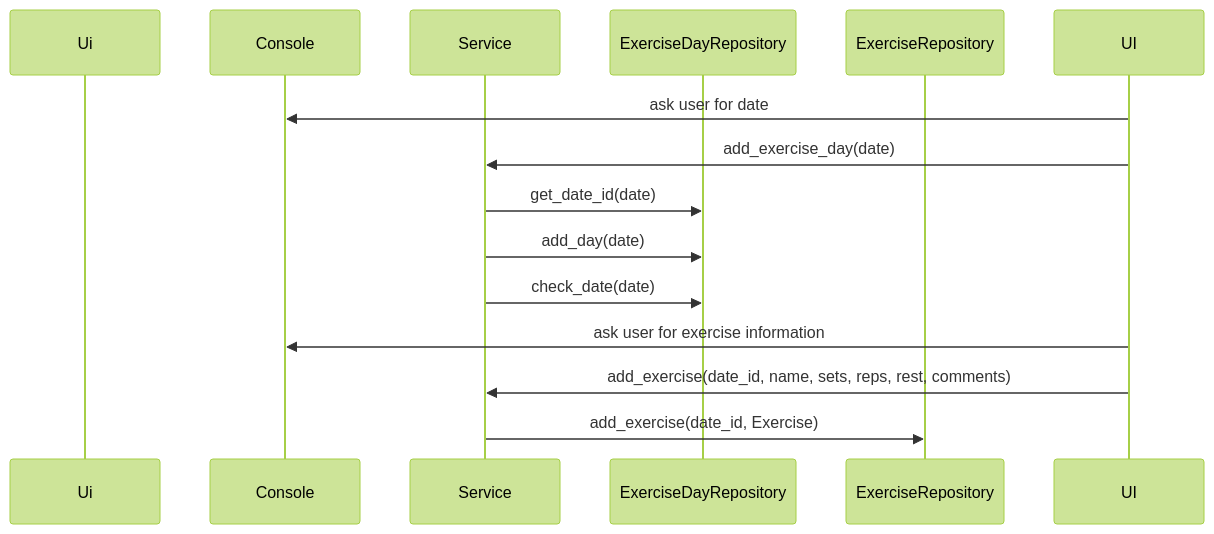
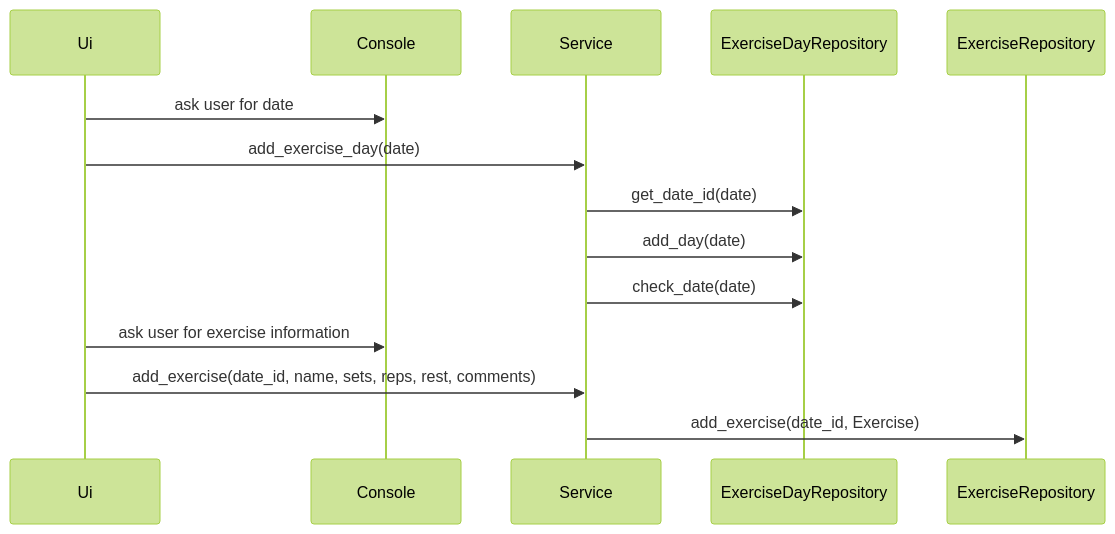
The third of 3 diagrams in python-strenght-training-app/Dokumentaatio/arkkitehtuuri.md (JoJoensuu/ot-harjoitustyo), drawn with Mermaid (forest theme) before and after one commit. The commit also changed other lines of this file, not shown here.

````diff
--- a/python-strenght-training-app/Dokumentaatio/arkkitehtuuri.md
+++ b/python-strenght-training-app/Dokumentaatio/arkkitehtuuri.md
@@ -75,16 +75,16 @@
 ```mermaid
 sequenceDiagram
   participant Ui
   participant Console
   participant Service
   participant ExerciseDayRepository
   participant ExerciseRepository
-  UI->>Console: ask user for date
-  UI->>Service: add_exercise_day(date)
+  Ui->>Console: ask user for date
+  Ui->>Service: add_exercise_day(date)
   Service->>ExerciseDayRepository: get_date_id(date)
   Service->>ExerciseDayRepository: add_day(date)
   Service->>ExerciseDayRepository: check_date(date)
-  UI->>Console: ask user for exercise information
-  UI->>Service: add_exercise(date_id, name, sets, reps, rest, comments)
+  Ui->>Console: ask user for exercise information
+  Ui->>Service: add_exercise(date_id, name, sets, reps, rest, comments)
   Service->>ExerciseRepository: add_exercise(date_id, Exercise)
 ```
````
